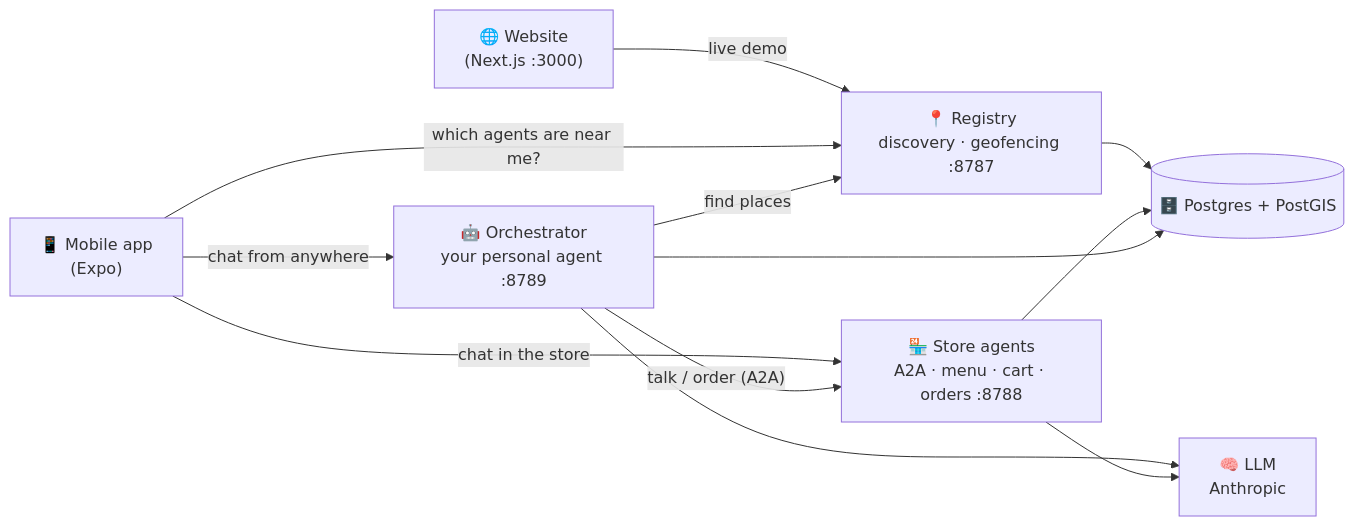
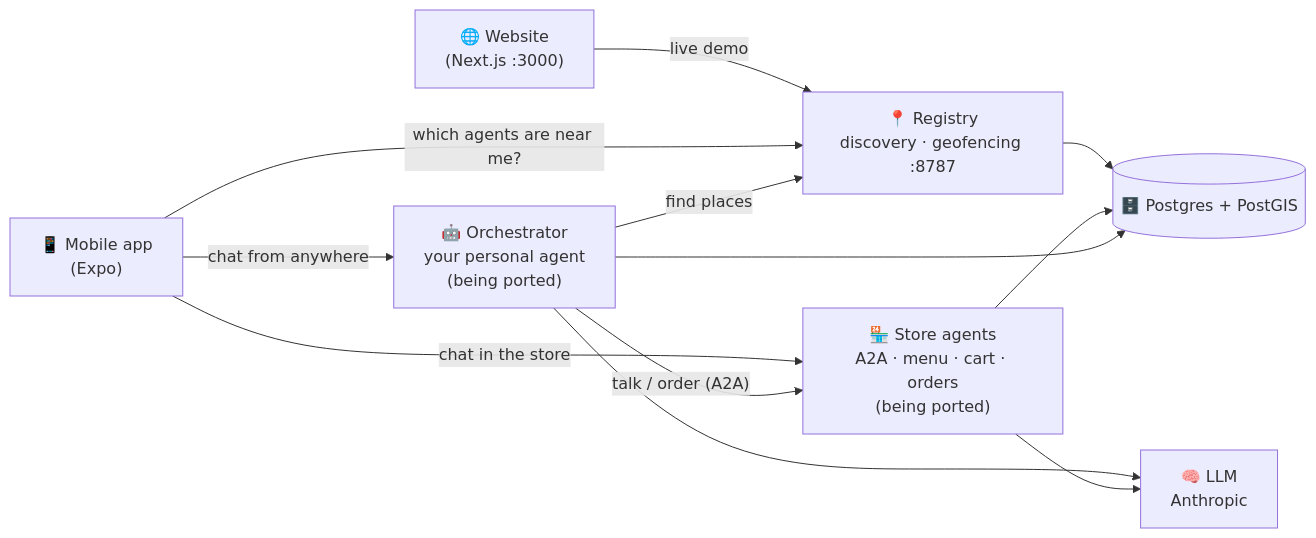
The first of 3 diagrams in profile/README.md (WalleLabs/.github), drawn with Mermaid before and after one commit. The commit also changed other lines of this file, not shown here.

````diff
--- a/profile/README.md
+++ b/profile/README.md
@@ -14,22 +14,22 @@
 ```mermaid
 flowchart LR
     App["📱 Mobile app<br/>(Expo)"]
     Web["🌐 Website<br/>(Next.js :3000)"]
-    Orch["🤖 Orchestrator<br/>your personal agent :8789"]
+    Orch["🤖 Orchestrator<br/>your personal agent<br/>(being ported)"]
     Reg["📍 Registry<br/>discovery · geofencing :8787"]
-    Store["🏪 Store agents<br/>A2A · menu · cart · orders :8788"]
+    Store["🏪 Store agents<br/>A2A · menu · cart · orders<br/>(being ported)"]
     DB[("🗄️ Postgres + PostGIS")]
     LLM["🧠 LLM<br/>Anthropic"]
 
     Web -->|"live demo"| Reg
     App -->|"chat from anywhere"| Orch
     App -->|"which agents are near me?"| Reg
     App -->|"chat in the store"| Store
     Orch -->|"find places"| Reg
     Orch -->|"talk / order (A2A)"| Store
     Orch --> LLM
     Store --> LLM
     Reg --> DB
     Store --> DB
     Orch --> DB
 ```
````
